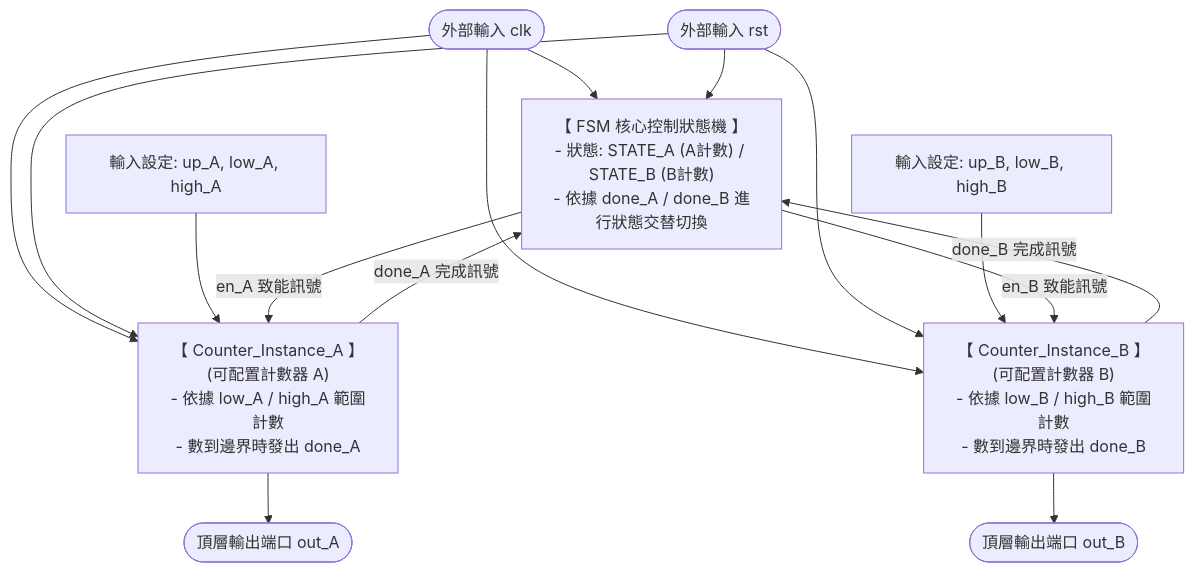
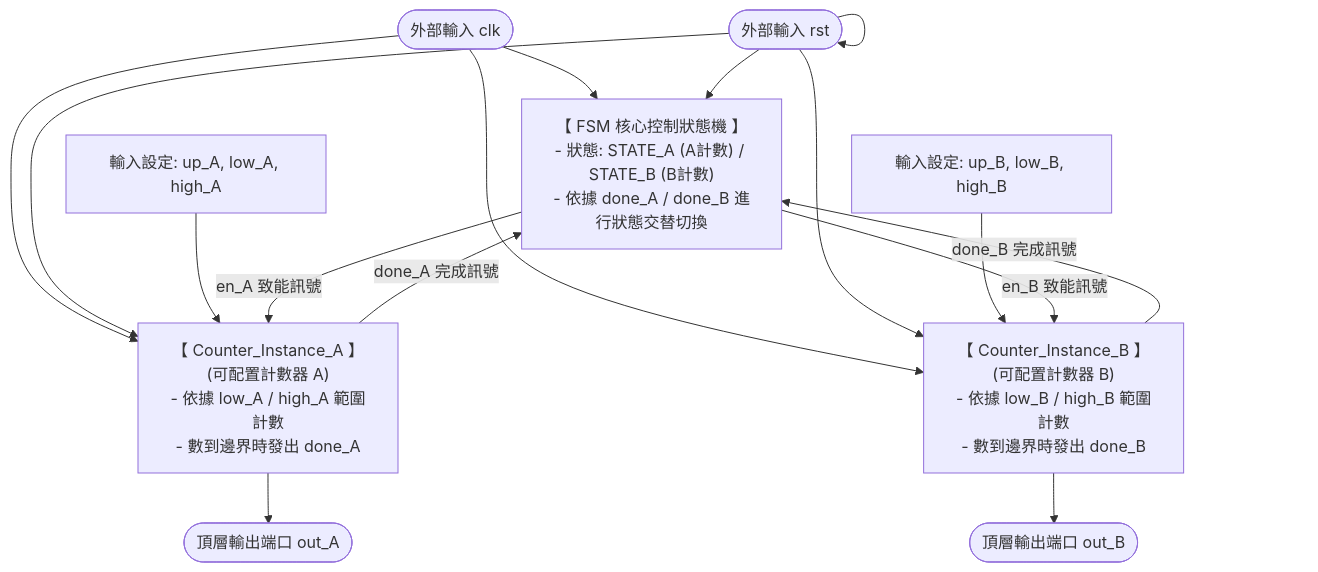
The diagram in README.md (c111185103-alt/Project3_FSM_Up-Down), drawn with Mermaid before and after one commit. The commit also changed other lines of this file, not shown here.

````diff
--- a/README.md
+++ b/README.md
@@ -13,38 +14,38 @@
 ```mermaid
 flowchart TD
     %% 外部輸入訊號
     clk([外部輸入 clk])
     rst([外部輸入 rst])
     inputs_A[輸入設定: up_A, low_A, high_A]
     inputs_B[輸入設定: up_B, low_B, high_B]
 
     %% 核心控制與計數單元
     FSM["【 FSM 核心控制狀態機 】<br/>- 狀態: STATE_A (A計數) / STATE_B (B計數)<br/>- 依據 done_A / done_B 進行狀態交替切換"]
     
     Counter_A["【 Counter_Instance_A 】<br/>(可配置計數器 A)<br/>- 依據 low_A / high_A 範圍計數<br/>- 數到邊界時發出 done_A"]
     
     Counter_B["【 Counter_Instance_B 】<br/>(可配置計數器 B)<br/>- 依據 low_B / high_B 範圍計數<br/>- 數到邊界時發出 done_B"]
 
     %% 時脈與重置連線
     clk --> FSM
     clk --> Counter_A
     clk --> Counter_B
     rst --> FSM
     rst --> Counter_A
-    rst --> Counter_B
+    rst --> rst --> Counter_B
 
     %% 設定參數連線
     inputs_A --> Counter_A
     inputs_B --> Counter_B
 
     %% FSM 與計數器互動控制
     FSM -->|en_A 致能訊號| Counter_A
     FSM -->|en_B 致能訊號| Counter_B
     Counter_A -->|done_A 完成訊號| FSM
     Counter_B -->|done_B 完成訊號| FSM
 
     %% 外部輸出
     Counter_A --> out_A([頂層輸出端口 out_A])
     Counter_B --> out_B([頂層輸出端口 out_B])
 
 ```
````
